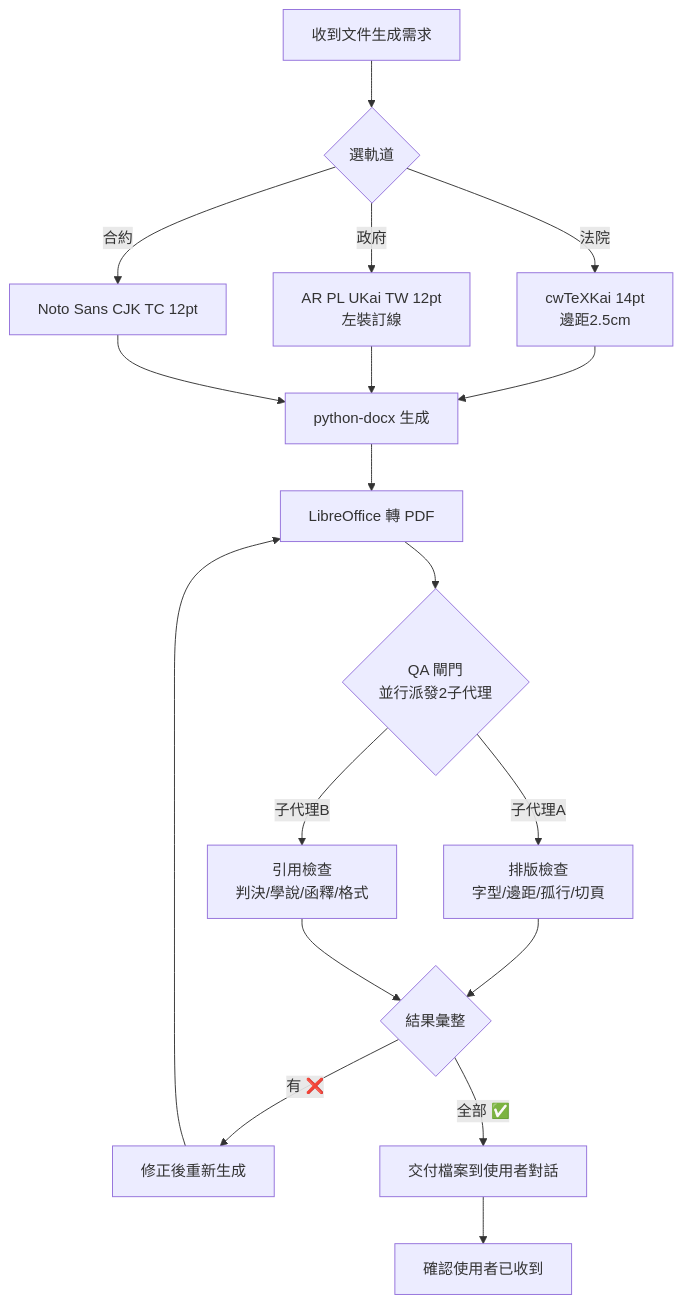
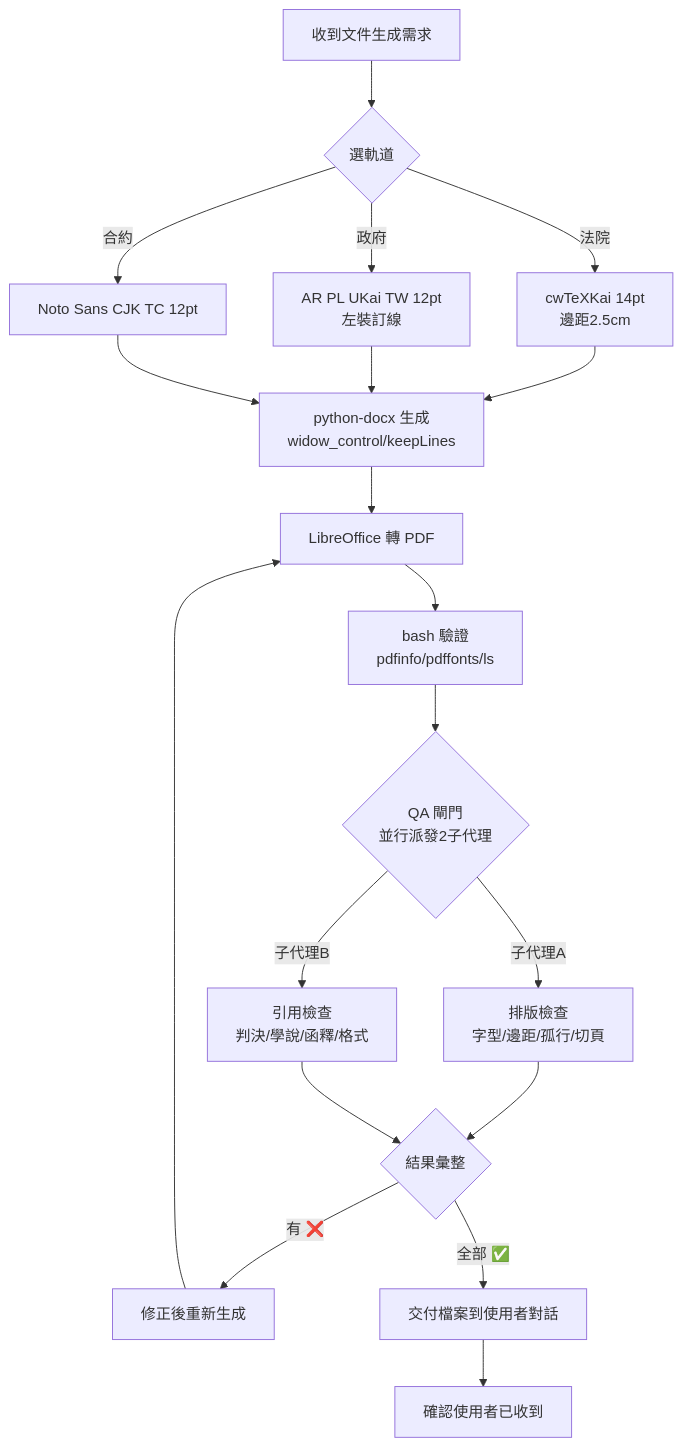
Before and after one commit to Lucien-1127/strata-skill: the first of 2 diagrams in legal/taiwan-legal-document-formatting/SKILL.md, drawn with Mermaid. The commit also changed other lines of this file, not shown here.

First line of the commit message:
P3+P5: flowchart add bash verification node + python-docx>=1.1.0

````diff
--- a/legal/taiwan-legal-document-formatting/SKILL.md
+++ b/legal/taiwan-legal-document-formatting/SKILL.md
@@ -23,20 +23,21 @@
 ```mermaid
 flowchart TD
     A[收到文件生成需求] --> B{選軌道}
     B -->|法院| C1[cwTeXKai 14pt<br>邊距2.5cm]
     B -->|政府| C2[AR PL UKai TW 12pt<br>左裝訂線]
     B -->|合約| C3[Noto Sans CJK TC 12pt]
-    C1 --> D[python-docx 生成]
+    C1 --> D[python-docx 生成<br>widow_control/keepLines]
     C2 --> D
     C3 --> D
     D --> E[LibreOffice 轉 PDF]
-    E --> F{QA 閘門<br>並行派發2子代理}
+    E --> E0[bash 驗證<br>pdfinfo/pdffonts/ls]
+    E0 --> F{QA 閘門<br>並行派發2子代理}
     F -->|子代理A| G1[排版檢查<br>字型/邊距/孤行/切頁]
     F -->|子代理B| G2[引用檢查<br>判決/學說/函釋/格式]
     G1 --> H{結果彙整}
     G2 --> H
     H -->|有 ❌| I[修正後重新生成]
     I --> E
     H -->|全部 ✅| J[交付檔案到使用者對話]
     J --> K[確認使用者已收到]
 ```
````
